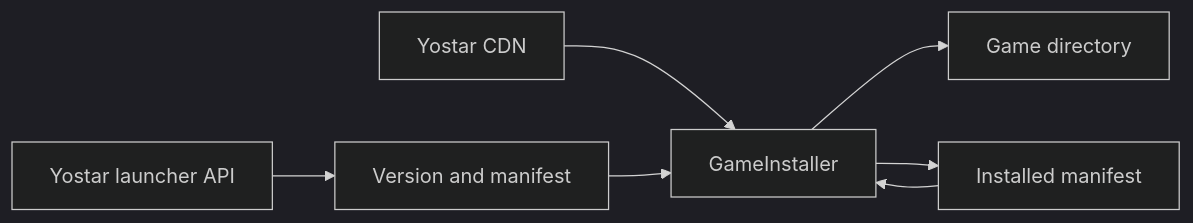
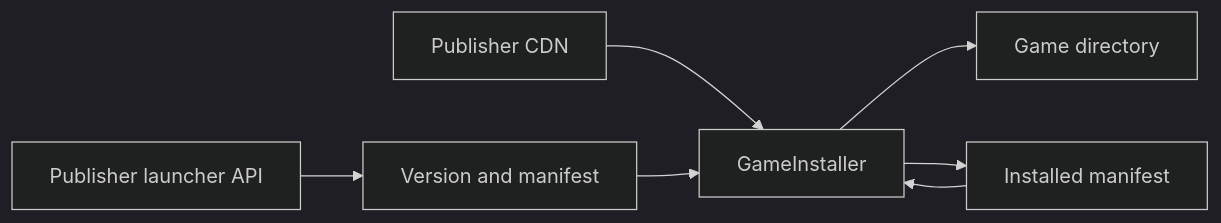
The second of 3 diagrams in docs/development/architecture/installation.md (LuMiSxh/Arknights-MacOS-Client), drawn with Mermaid (dark theme) before and after one commit. The commit also changed other lines of this file and 41 other files, not shown here.

````diff
--- a/docs/development/architecture/installation.md
+++ b/docs/development/architecture/installation.md
@@ -71,9 +71,9 @@
 ```mermaid
 flowchart LR
-	API[Yostar launcher API] --> Manifest[Version and manifest]
-	CDN[Yostar CDN] --> Installer[GameInstaller]
+	API[Publisher launcher API] --> Manifest[Version and manifest]
+	CDN[Publisher CDN] --> Installer[GameInstaller]
 	Manifest --> Installer
 	State[Installed manifest] --> Installer
 	Installer --> Files[Game directory]
 	Installer --> State
 ```
````
